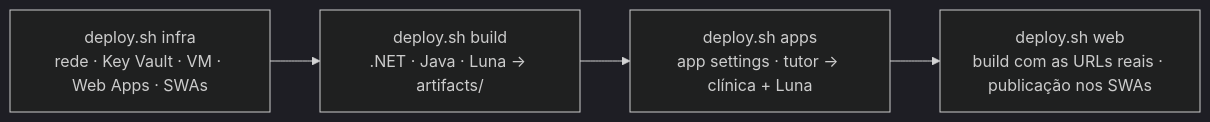
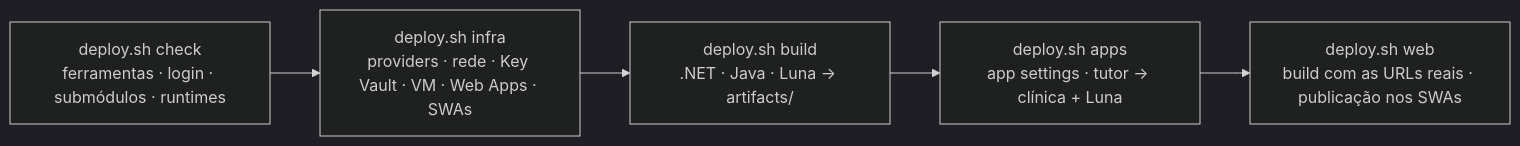
The second of 2 diagrams in docs/ARQUITETURA.md (KURA-Clyvo/DevOps-Cloud), drawn with Mermaid (dark theme) before and after one commit. The commit also changed other lines of this file and 1 other file, not shown here.

````diff
--- a/docs/ARQUITETURA.md
+++ b/docs/ARQUITETURA.md
@@ -69,6 +69,7 @@
 ```mermaid
 flowchart LR
-  A["deploy.sh infra<br/>rede · Key Vault · VM · Web Apps · SWAs"] --> B["deploy.sh build<br/>.NET · Java · Luna → artifacts/"]
+  K["deploy.sh check<br/>ferramentas · login · submódulos · runtimes"] --> A["deploy.sh infra<br/>providers · rede · Key Vault · VM · Web Apps · SWAs"]
+  A --> B["deploy.sh build<br/>.NET · Java · Luna → artifacts/"]
   B --> C["deploy.sh apps<br/>app settings · tutor → clínica + Luna"]
   C --> D["deploy.sh web<br/>build com as URLs reais · publicação nos SWAs"]
 ```
````
